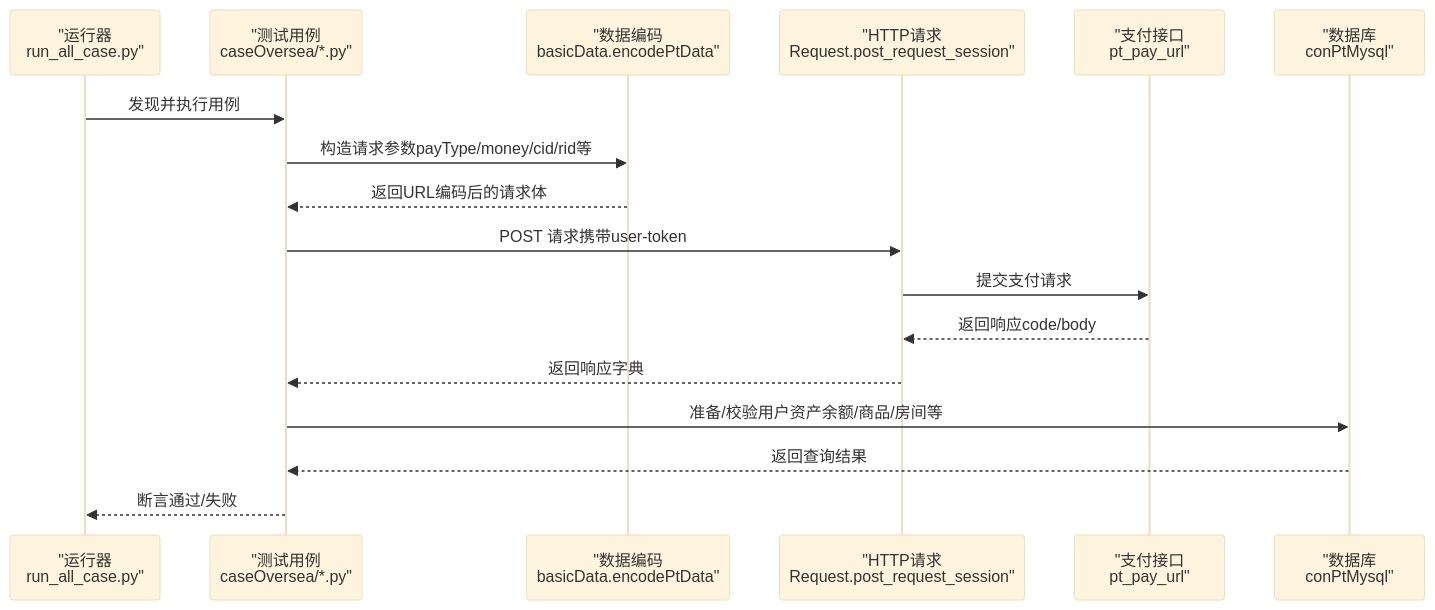
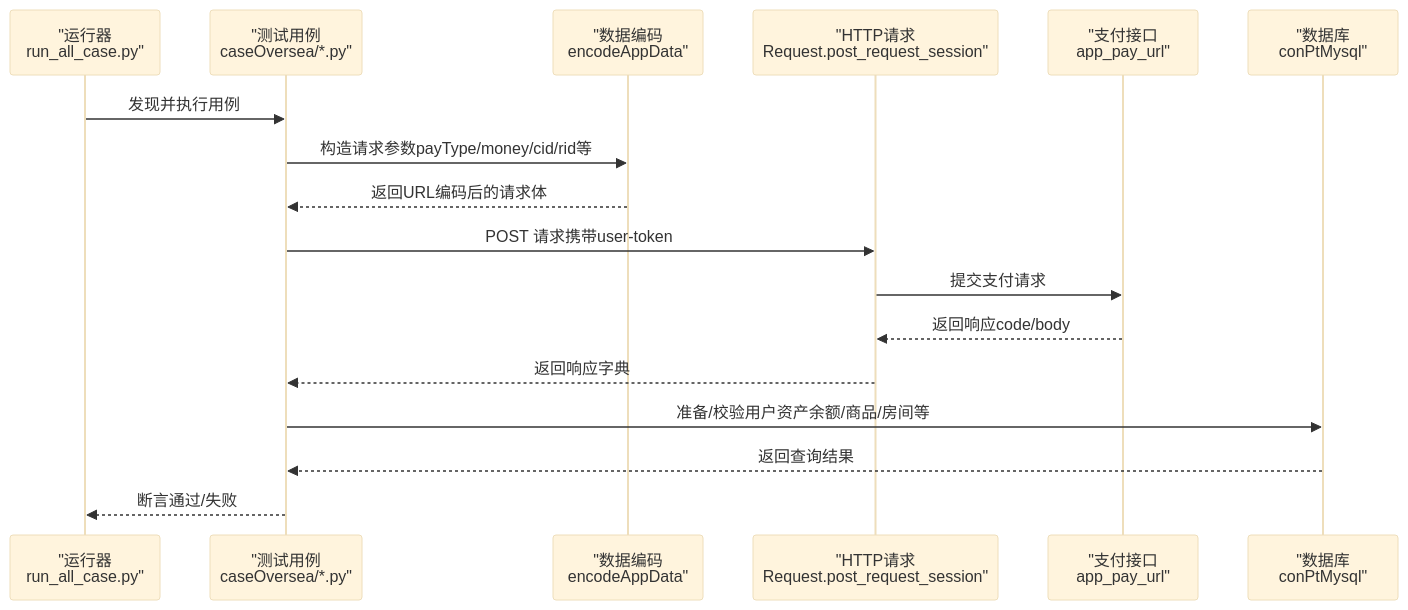
Before and after one commit to liximing1-ola/qa-payTest: the second of 6 diagrams in .qoder/repowiki/zh/content/平台支持/PT海外版平台.md, drawn with Mermaid (base theme). The commit also changed other lines of this file and 6 other files, not shown here.

````diff
--- a/.qoder/repowiki/zh/content/平台支持/PT海外版平台.md
+++ b/.qoder/repowiki/zh/content/平台支持/PT海外版平台.md
@@ -88,19 +96,19 @@
 ```mermaid
 sequenceDiagram
 participant Runner as "运行器<br/>run_all_case.py"
 participant Case as "测试用例<br/>caseOversea/*.py"
-participant Encode as "数据编码<br/>basicData.encodePtData"
+participant Encode as "数据编码<br/>encodeAppData"
 participant HTTP as "HTTP请求<br/>Request.post_request_session"
-participant API as "支付接口<br/>pt_pay_url"
+participant API as "支付接口<br/>app_pay_url"
 participant DB as "数据库<br/>conPtMysql"
 Runner->>Case : 发现并执行用例
 Case->>Encode : 构造请求参数payType/money/cid/rid等
 Encode-->>Case : 返回URL编码后的请求体
 Case->>HTTP : POST 请求携带user-token
 HTTP->>API : 提交支付请求
 API-->>HTTP : 返回响应code/body
 HTTP-->>Case : 返回响应字典
 Case->>DB : 准备/校验用户资产余额/商品/房间等
 DB-->>Case : 返回查询结果
 Case-->>Runner : 断言通过/失败
 ```
````
